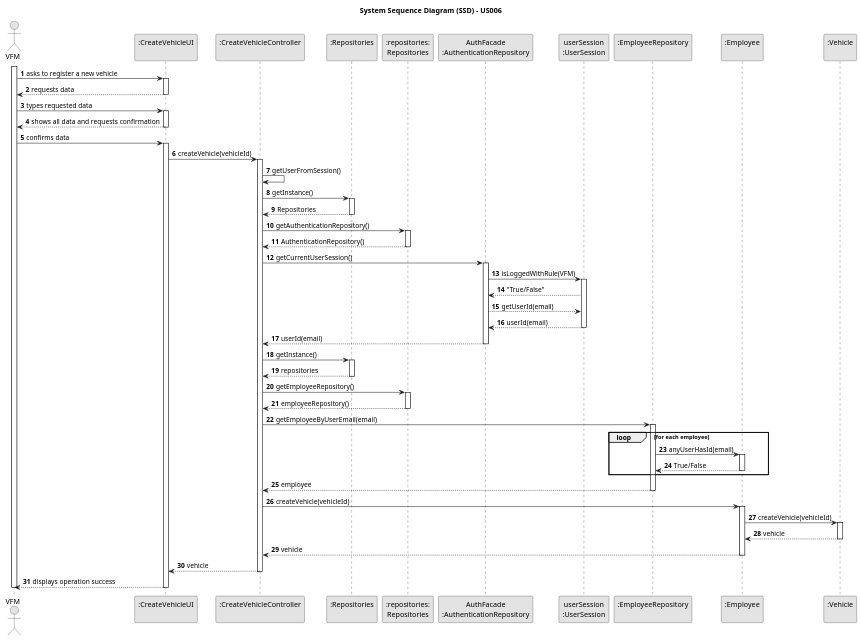
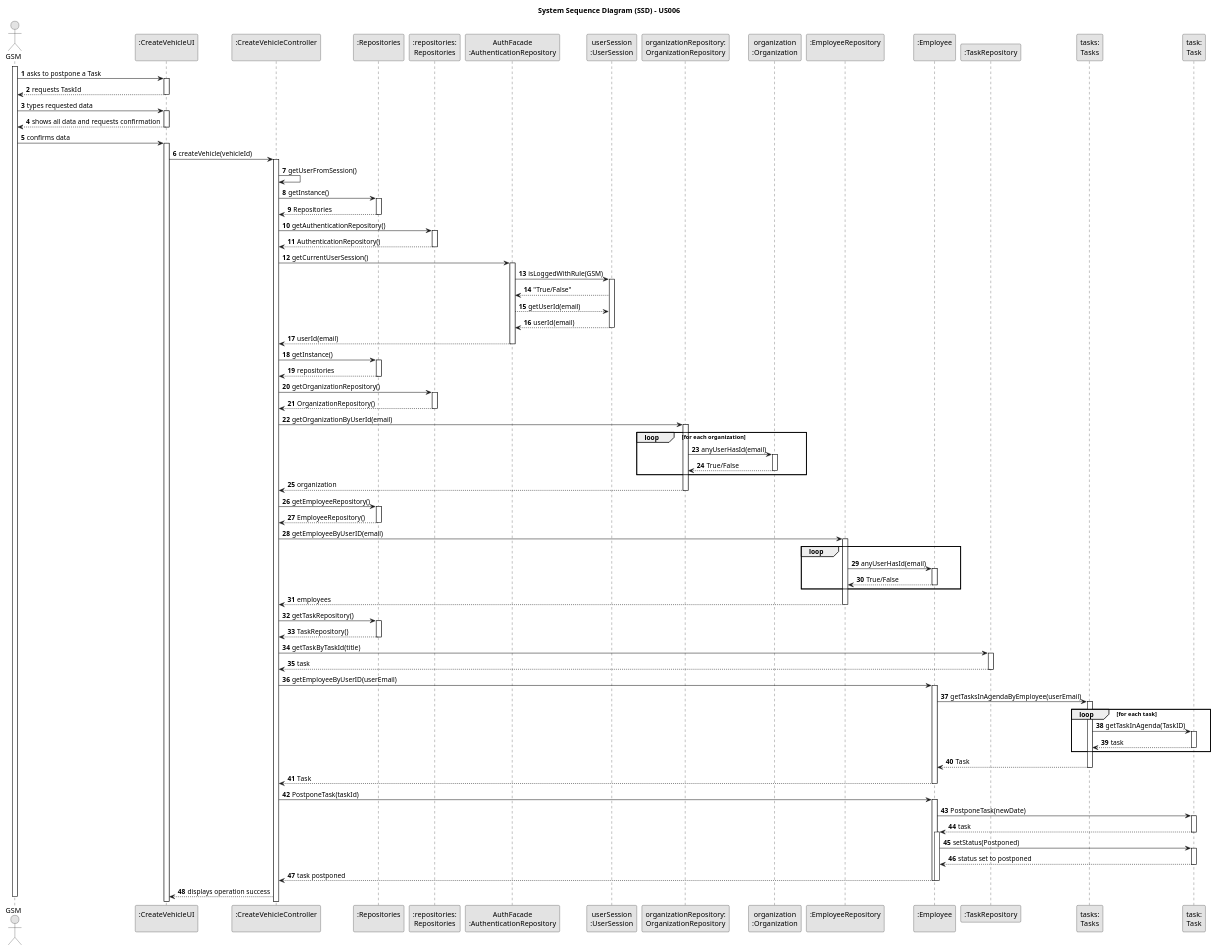
The diagram in docs/sprintC/us0024/03.design/puml/us24-sequence-diagram-fullv2.puml (Mendoncaa/LAPR2), drawn with PlantUML before and after one commit. The commit also changed 15 other files, not shown here.

Commit message:
UPDATED US0024 - DIAGRAMA DE MODELO E SSD

```diff
--- a/docs/sprintC/us0024/03.design/puml/us24-sequence-diagram-fullv2.puml
+++ b/docs/sprintC/us0024/03.design/puml/us24-sequence-diagram-fullv2.puml
@@ -7,7 +7,7 @@
 
 title System Sequence Diagram (SSD) - US006
 
-actor "VFM" as VFM
+actor "GSM" as GSM
 
 participant ":CreateVehicleUI\n" as UI
 participant ":CreateVehicleController\n" as CTRL
@@ -15,61 +15,73 @@
 participant ":repositories:\nRepositories" as RR
 participant "AuthFacade\n:AuthenticationRepository" as AUTHREP
 participant "userSession\n:UserSession" as USER
+participant "organizationRepository:\nOrganizationRepository" as OR
+participant "organization\n:Organization" as ORG
 participant ":EmployeeRepository\n" as ER
 participant ":Employee\n" as E
-participant ":Vehicle\n" as V
+participant ":TaskRepository" as TR
+participant "tasks:\nTasks" as TASKS
+participant "task:\nTask" as TASK
 
-activate VFM
 
-    VFM -> UI : asks to register a new vehicle
+activate GSM
 
+'1
+    GSM -> UI : asks to postpone a Task
     activate UI
-        UI --> VFM : requests data
+'2
+        UI --> GSM : requests TaskId
     deactivate UI
-
-    VFM -> UI : types requested data
+'3
+    GSM -> UI : types requested data
     activate UI
-        UI --> VFM : shows all data and requests confirmation
+'4
+        UI --> GSM : shows all data and requests confirmation
     deactivate UI
-
-    VFM -> UI : confirms data
+'5
+    GSM -> UI : confirms data
     activate UI
+'6
         UI -> CTRL : createVehicle(vehicleId)
         activate CTRL
 
 
-
+'7
         CTRL -> CTRL : getUserFromSession()
-
+'8
         CTRL -> SR : getInstance()
         activate SR
+'9
         CTRL <-- SR : Repositories
         deactivate SR
-
+'10
         CTRL -> RR : getAuthenticationRepository()
 
         activate RR
+'11
         CTRL <-- RR : AuthenticationRepository()
         deactivate RR
 
 
-
+'12
         CTRL -> AUTHREP : getCurrentUserSession()
 
         activate AUTHREP
 
 
 
-
-        AUTHREP -> USER : isLoggedWithRule(VFM)
+'13
+        AUTHREP -> USER : isLoggedWithRule(GSM)
 
         activate USER
+'14
+        AUTHREP <-- USER : "True/False"
 
-        AUTHREP <-- USER : "True/False"
         AUTHREP --> USER : getUserId(email)
+'16
         AUTHREP <-- USER : userId(email)
         deactivate USER
-
+'17
         CTRL <-- AUTHREP : userId(email)
         deactivate AUTHREP
 
@@ -79,41 +91,99 @@
             activate SR
                 SR --> CTRL : repositories
             deactivate SR
-            CTRL -> RR : getEmployeeRepository()
+            CTRL -> RR : getOrganizationRepository()
             activate RR
-                RR --> CTRL : employeeRepository()
+                RR --> CTRL : OrganizationRepository()
             deactivate RR
-            CTRL -> ER : getEmployeeByUserEmail(email)
+'22
+            CTRL -> OR : getOrganizationByUserId(email)
+            activate OR
+                loop for each organization
+                    OR -> ORG : anyUserHasId(email)
+                    activate ORG
+'24
+                        ORG --> OR : True/False
+                    deactivate ORG
+                end loop
+'25
+                OR --> CTRL : organization
+            deactivate OR
+
+'26
+           CTRL -> SR : getEmployeeRepository()
+            activate SR
+'27
+            CTRL <-- SR : EmployeeRepository()
+            deactivate SR
+'28
+            CTRL -> ER : getEmployeeByUserID(email)
             activate ER
-                loop for each employee
-                    ER -> E : anyUserHasId(email)
-                    activate E
-                        E --> ER : True/False
-                    deactivate E
-                end loop
-                ER --> CTRL : employee
+            loop
+                ER -> E : anyUserHasId(email)
+                activate E
+                E --> ER : True/False
+                deactivate E
+            end
+'31
+            ER --> CTRL : employees
             deactivate ER
-            CTRL -> E : createVehicle(vehicleId)
+'32
+            CTRL -> SR : getTaskRepository()
+            activate SR
+                SR --> CTRL : TaskRepository()
+            deactivate SR
+            CTRL -> TR : getTaskByTaskId(title)
+            activate TR
+                TR --> CTRL : task
+            deactivate TR
+
+            CTRL -> E : getEmployeeByUserID(userEmail)
             activate E
-                E -> V : createVehicle(vehicleId)
-                activate V
-                V --> E: vehicle
-                deactivate V
-            E--> CTRL : vehicle
+                E -> TASKS : getTasksInAgendaByEmployee(userEmail)
+                activate TASKS
+                    loop for each task
+                    TASKS -> TASK : getTaskInAgenda(TaskID)
+
+                    activate TASK
+                        TASK --> TASKS : task
+
+                    deactivate TASK
+                    end loop
+'40
+                    TASKS --> E : Task
+                deactivate TASKS
+                E --> CTRL : Task
             deactivate E
 
+            CTRL -> E : PostponeTask(taskId)
+            activate E
+                E -> TASK : PostponeTask(newDate)
+                activate TASK
+                    TASK -->E : task
+                deactivate TASK
+                activate E
+                    E -> TASK : setStatus(Postponed)
+                    activate TASK
+                        TASK --> E: status set to postponed
+                    deactivate TASK
+                    E --> CTRL: task postponed
+                deactivate E
+            deactivate E
 
-            CTRL --> UI : vehicle
-        deactivate CTRL
-        UI --> VFM : displays operation success
-    deactivate UI
+            CTRL --> UI : displays operation success
 
-deactivate VFM
+
+
+
+
+
+
+deactivate GSM
 
 
 '
 ''hide footbox
-''actor "Organization Employee" as VFM
+''actor "Organization Employee" as GSM
 'participant ":CreateTaskUI" as UI
 'participant ":CreateTaskController" as CTRL
 'participant ":Repositories" as RepositorySingleton
@@ -126,13 +196,13 @@
 'participant "organization\n:Organization" as ORG
 'participant "task\n:Task" as TAREFA
 '
-'activate VFM
+'activate GSM
 '
-'        VFM -> UI : asks to create a new task
+'        GSM -> UI : asks to create a new task
 '
 '        activate UI
 '
-''            UI --> VFM : requests data (reference, description,  informal \n description, technical description, duration, cost)
+''            UI --> GSM : requests data (reference, description,  informal \n description, technical description, duration, cost)
 '            'create CTRL
 '            UI -> CTRL** : create
 '
@@ -160,22 +230,22 @@
 '                CTRL --> UI : taskCategoryList
 '            deactivate CTRL
 '
-'            UI --> VFM : shows task category list\n and asks to sleect one
+'            UI --> GSM : shows task category list\n and asks to sleect one
 '        deactivate UI
 '
-'    VFM -> UI : selects a task category
+'    GSM -> UI : selects a task category
 '    activate UI
 '
-'        UI --> VFM : requests data
+'        UI --> GSM : requests data
 '    deactivate UI
 '
-'    VFM -> UI : types requested data (reference, description, \ninformal description, technical description,\nduration, cost)
+'    GSM -> UI : types requested data (reference, description, \ninformal description, technical description,\nduration, cost)
 '    activate UI
 '
-'        UI --> VFM : shows selected category and requested data
+'        UI --> GSM : shows selected category and requested data
 '    deactivate UI
 '
-'    VFM -> UI : submits data
+'    GSM -> UI : submits data
 '    activate UI
 '
 '        UI -> CTRL : createTask(reference,\ndescription,\ninformalDescription,\ntechnicalDescription,\nduration, cost,\ntaskCategoryDescription)
@@ -279,9 +349,9 @@
 '
 '            CTRL --> UI: task
 '            deactivate CTRL
-'            UI --> VFM: displays operation success
+'            UI --> GSM: displays operation success
 '    deactivate UI
 '
-'deactivate VFM
+'deactivate GSM
 
 @enduml
```
